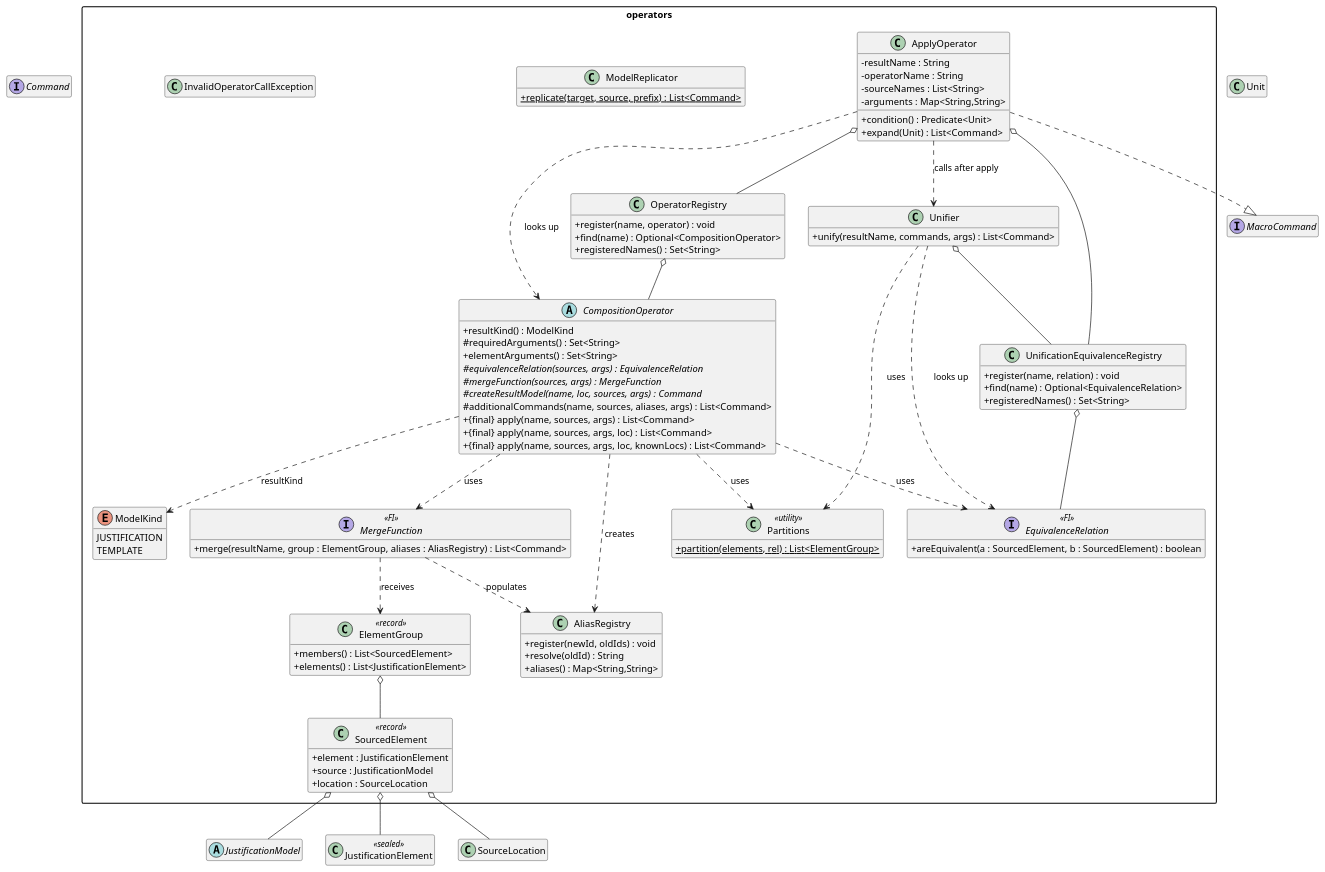
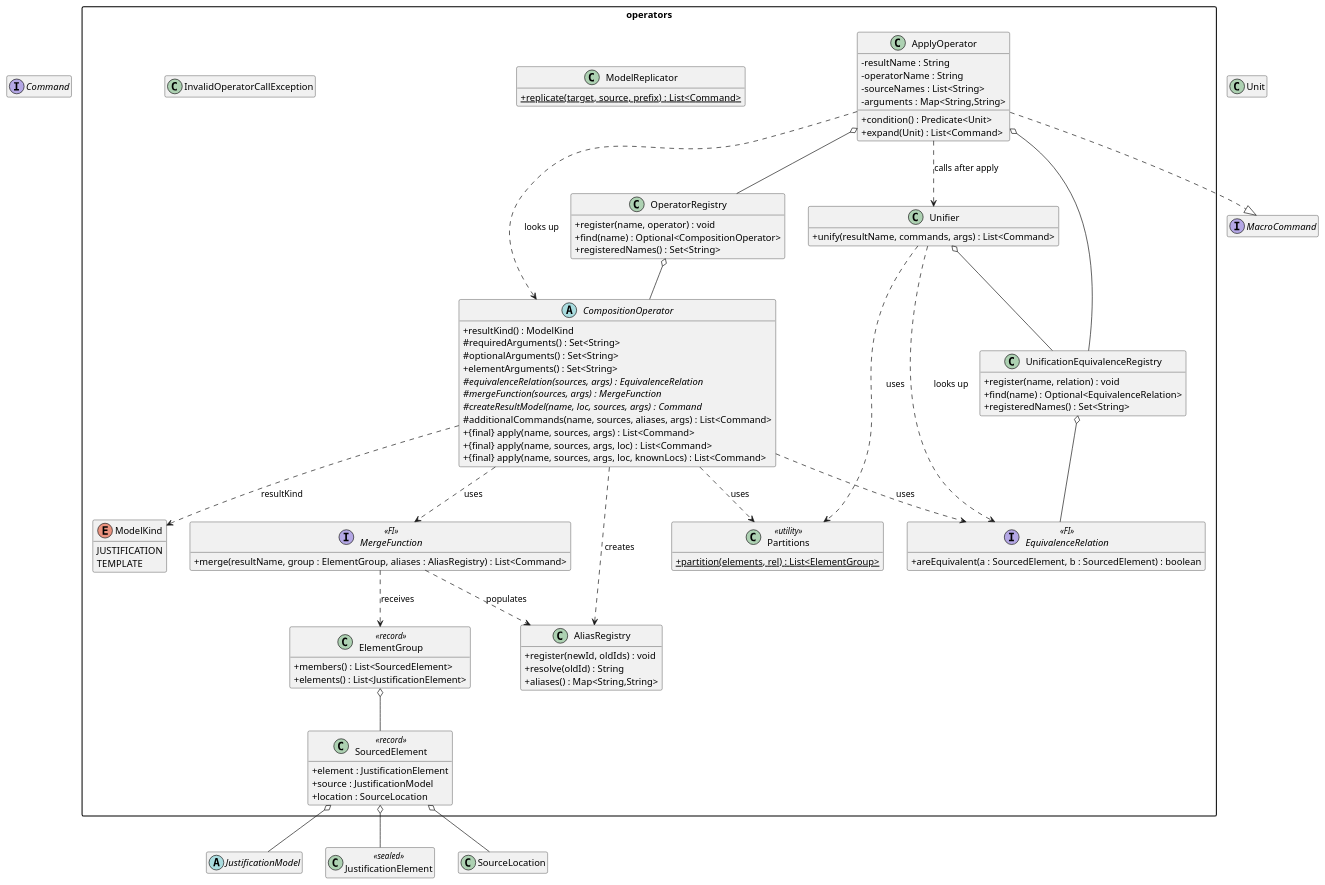
One commit to jpipe-mcscert/jpipe-compiler changed the first of 3 diagrams in docs/design/operators.md. Above: the diagram before and after it, drawn with PlantUML. The commit also changed other lines of this file and 11 other files, not shown here.

```diff
--- a/docs/design/operators.md
+++ b/docs/design/operators.md
@@ -131,6 +153,7 @@
   abstract class CompositionOperator {
     + resultKind() : ModelKind
     # requiredArguments() : Set<String>
+    # optionalArguments() : Set<String>
     + elementArguments() : Set<String>
     # {abstract} equivalenceRelation(sources, args) : EquivalenceRelation
     # {abstract} mergeFunction(sources, args) : MergeFunction
```
